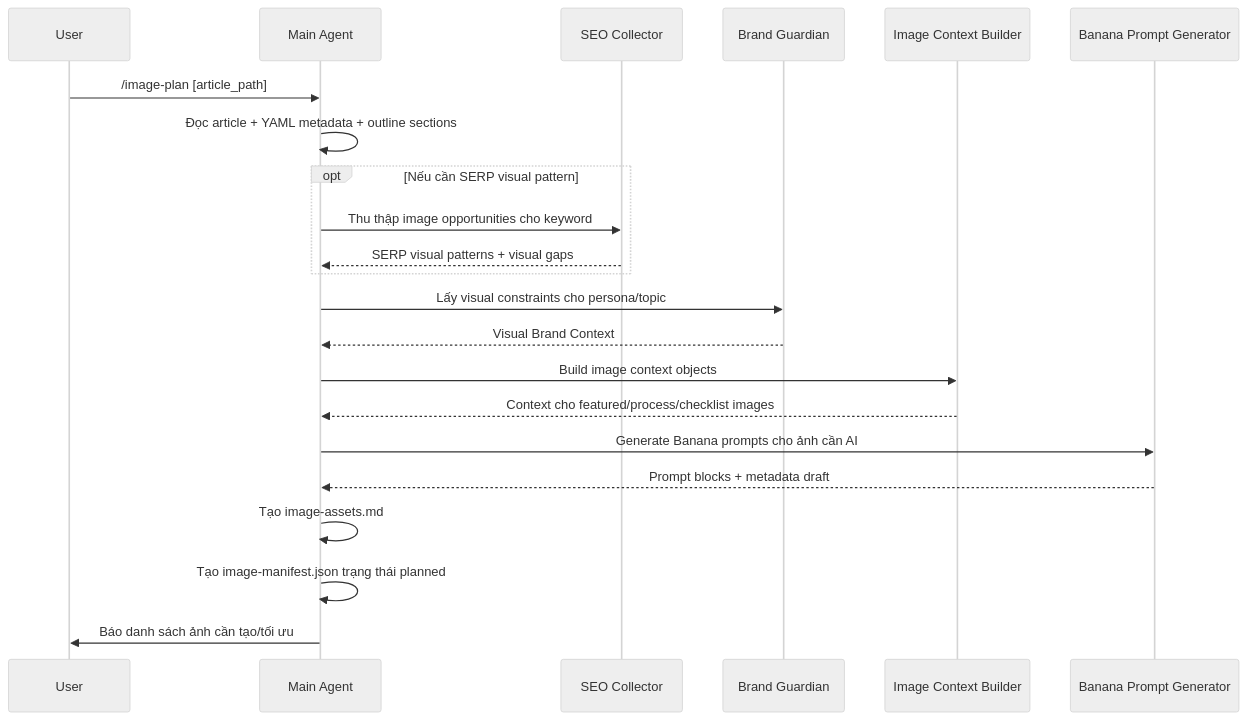
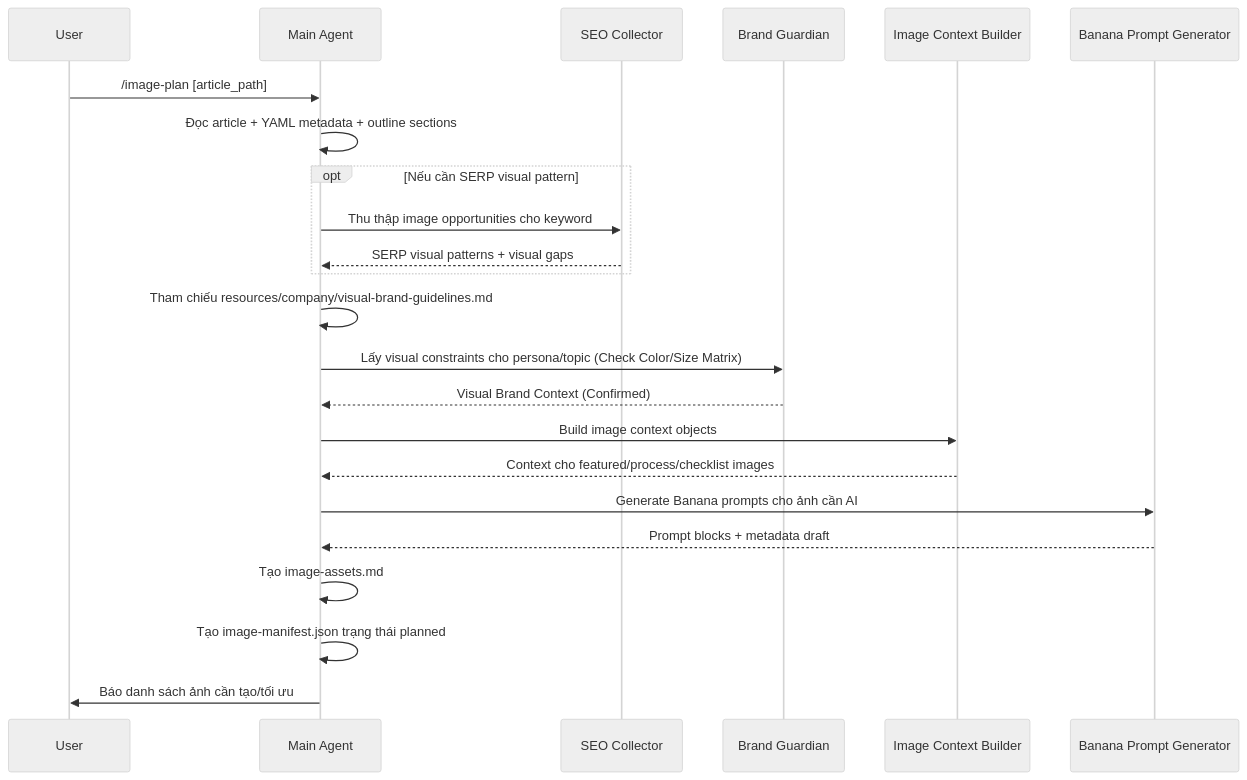
Before and after one commit to vilo0411/hvs-company-info: the third of 7 diagrams in plan/image-assets-agent-plan.md, drawn with Mermaid (neutral theme). The commit also changed other lines of this file and 55 other files, not shown here.

````diff
--- a/plan/image-assets-agent-plan.md
+++ b/plan/image-assets-agent-plan.md
@@ -198,30 +199,31 @@
 ```mermaid
 sequenceDiagram
     participant User
     participant Main as Main Agent
     participant SEO as SEO Collector
     participant Brand as Brand Guardian
     participant ImgCtx as Image Context Builder
     participant Prompt as Banana Prompt Generator
 
     User->>Main: /image-plan [article_path]
     Main->>Main: Đọc article + YAML metadata + outline sections
 
     opt Nếu cần SERP visual pattern
         Main->>SEO: Thu thập image opportunities cho keyword
         SEO-->>Main: SERP visual patterns + visual gaps
     end
 
-    Main->>Brand: Lấy visual constraints cho persona/topic
-    Brand-->>Main: Visual Brand Context
+    Main->>Main: Tham chiếu resources/company/visual-brand-guidelines.md
+    Main->>Brand: Lấy visual constraints cho persona/topic (Check Color/Size Matrix)
+    Brand-->>Main: Visual Brand Context (Confirmed)
 
     Main->>ImgCtx: Build image context objects
     ImgCtx-->>Main: Context cho featured/process/checklist images
 
     Main->>Prompt: Generate Banana prompts cho ảnh cần AI
     Prompt-->>Main: Prompt blocks + metadata draft
 
     Main->>Main: Tạo image-assets.md
     Main->>Main: Tạo image-manifest.json trạng thái planned
     Main->>User: Báo danh sách ảnh cần tạo/tối ưu
 ```
````
